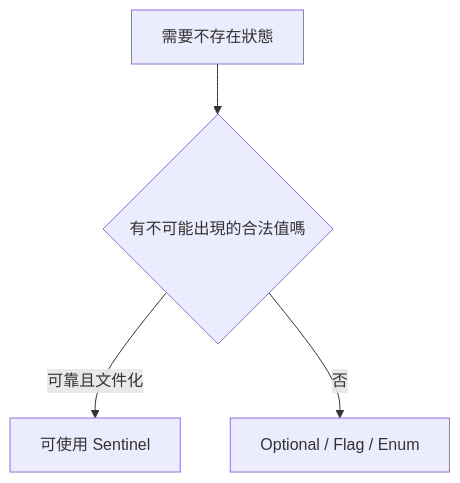
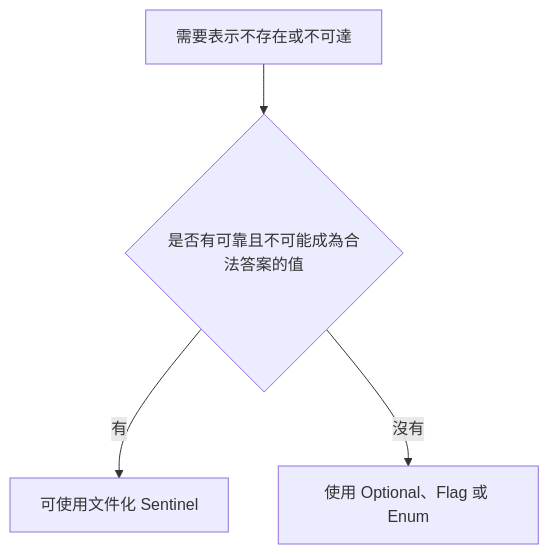
Before and after one commit to davidchen0970/algorithm_note: the fourth of 4 diagrams in 15_appendices/C_numeric_boundary_issues.md, drawn with Mermaid. The commit also changed other lines of this file and 2 other files, not shown here.

````diff
--- a/15_appendices/C_numeric_boundary_issues.md
+++ b/15_appendices/C_numeric_boundary_issues.md
@@ -127,6 +457,6 @@
 ```mermaid
 flowchart TD
-    A[需要不存在狀態] --> B{有不可能出現的合法值嗎}
-    B -->|可靠且文件化| C[可使用 Sentinel]
-    B -->|否| D[Optional / Flag / Enum]
+    A[需要表示不存在或不可達] --> B{"是否有可靠且不可能成為合法答案的值"}
+    B -->|有| C[可使用文件化 Sentinel]
+    B -->|沒有| D[使用 Optional、Flag 或 Enum]
 ```
````
